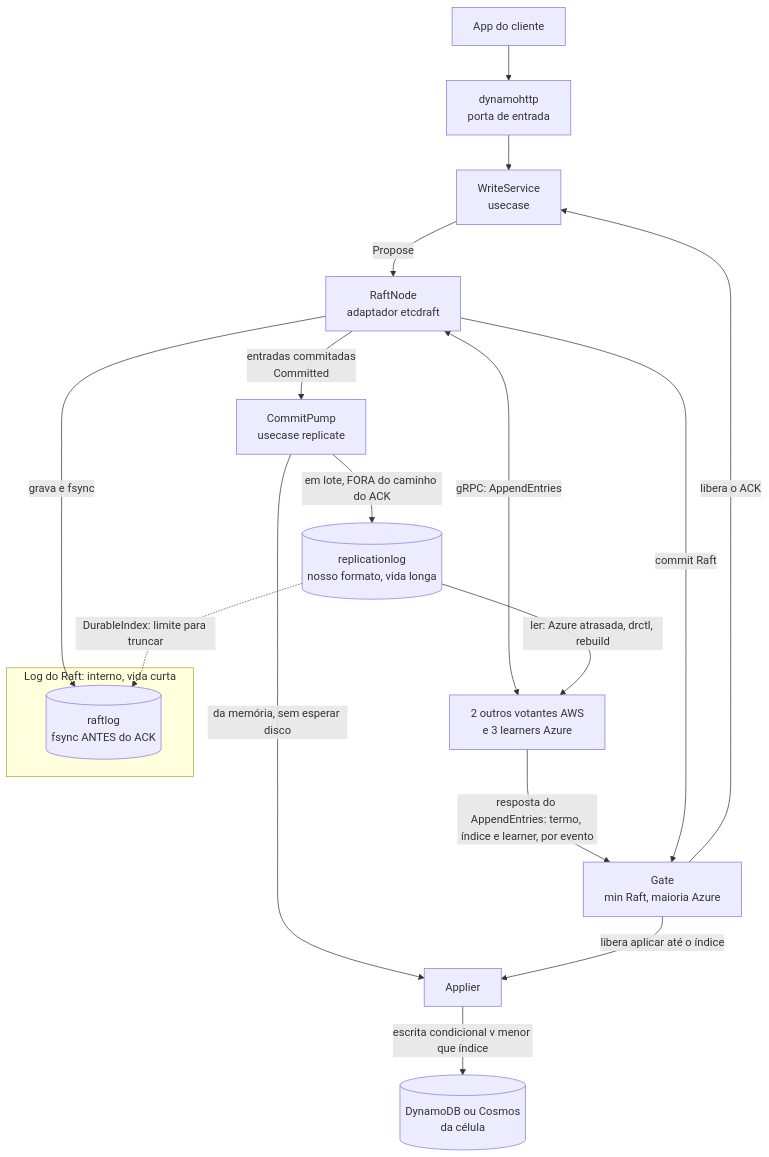
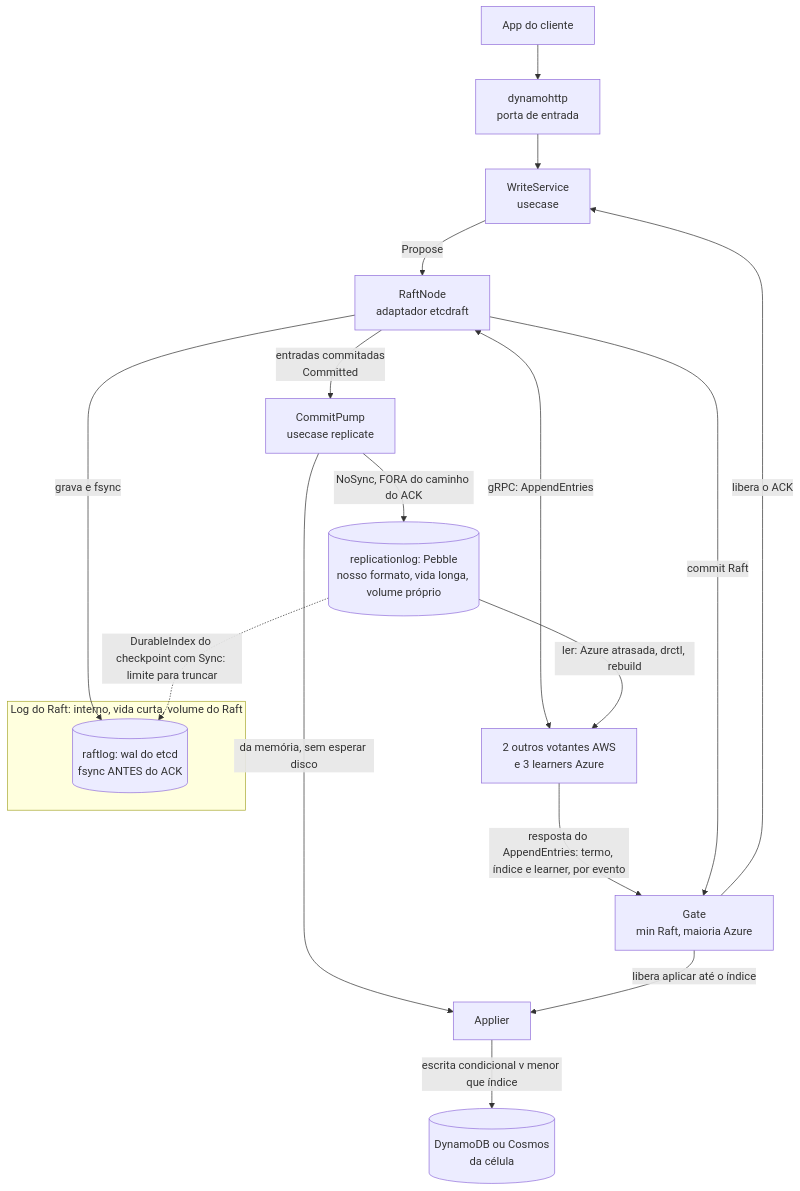
The second of 10 diagrams in 05_implementacao/02_desenho_e_diagramas.md (brbarmex/k), drawn with Mermaid before and after one commit. The commit also changed other lines of this file and 29 other files, not shown here.

First line of the commit message:
Log de replicação em Pebble (ADR-055): derivado do Raft, sem fsync no ACK, volume separado

````diff
--- a/05_implementacao/02_desenho_e_diagramas.md
+++ b/05_implementacao/02_desenho_e_diagramas.md
@@ -57,21 +57,21 @@
 ```mermaid
 flowchart TD
     CLI["App do cliente"] --> API["dynamohttp<br/>porta de entrada"]
     API --> WS["WriteService<br/>usecase"]
     WS -->|"Propose"| RAFT["RaftNode<br/>adaptador etcdraft"]
-    subgraph RL["Log do Raft: interno, vida curta"]
-        RLOG[("raftlog<br/>fsync ANTES do ACK")]
+    subgraph RL["Log do Raft: interno, vida curta, volume do Raft"]
+        RLOG[("raftlog: wal do etcd<br/>fsync ANTES do ACK")]
     end
     RAFT -->|"grava e fsync"| RLOG
     RAFT <-->|"gRPC: AppendEntries"| PEERS["2 outros votantes AWS<br/>e 3 learners Azure"]
     PEERS -->|"resposta do AppendEntries: termo, índice e learner, por evento"| GATE["Gate<br/>min Raft, maioria Azure"]
     RAFT -->|"commit Raft"| GATE
     RAFT -->|"entradas commitadas<br/>Committed"| PUMP["CommitPump<br/>usecase replicate"]
     PUMP -->|"da memória, sem esperar disco"| APP["Applier"]
-    PUMP -->|"em lote, FORA do caminho do ACK"| REP[("replicationlog<br/>nosso formato, vida longa")]
+    PUMP -->|"NoSync, FORA do caminho do ACK"| REP[("replicationlog: Pebble<br/>nosso formato, vida longa, volume próprio")]
     GATE -->|"libera o ACK"| WS
     GATE -->|"libera aplicar até o índice"| APP
     APP -->|"escrita condicional v menor que índice"| DB[("DynamoDB ou Cosmos<br/>da célula")]
-    REP -.->|"DurableIndex: limite para truncar"| RLOG
+    REP -.->|"DurableIndex do checkpoint com Sync: limite para truncar"| RLOG
     REP -->|"ler: Azure atrasada, drctl, rebuild"| PEERS
 ```
````
